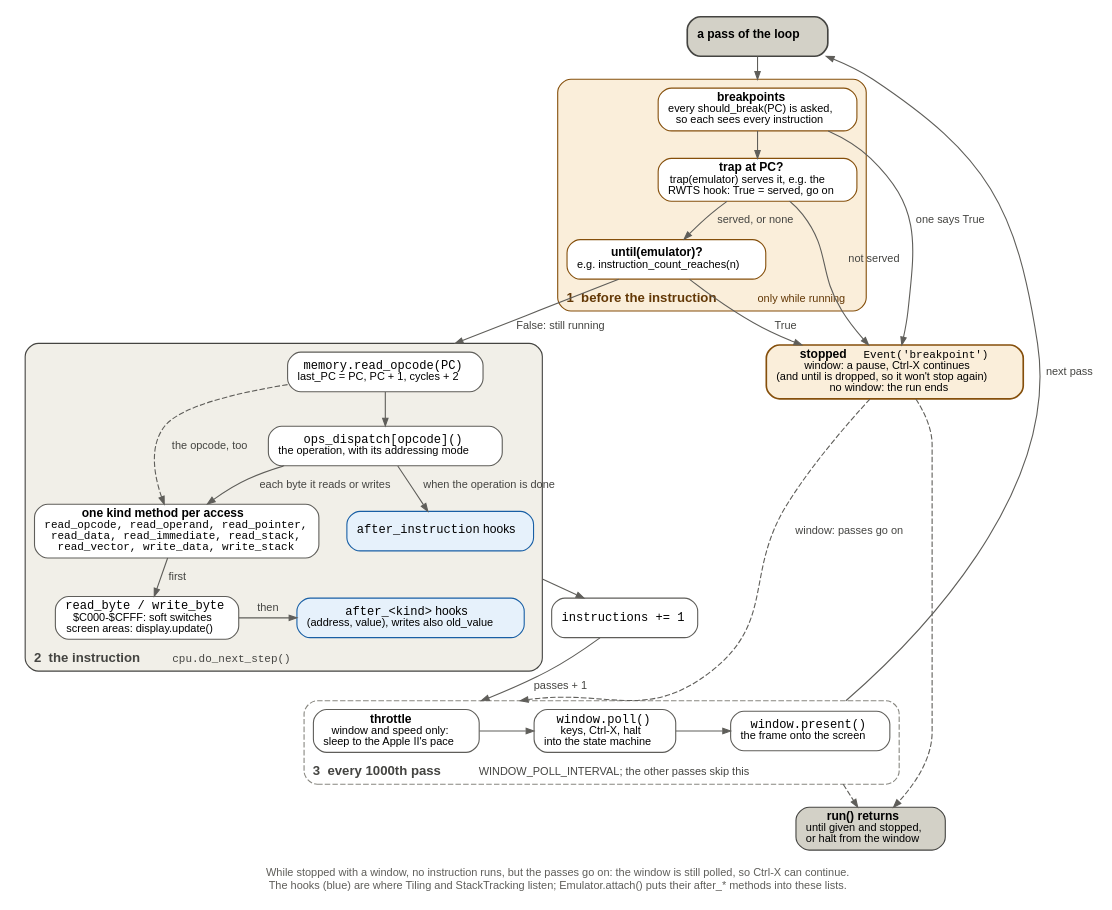
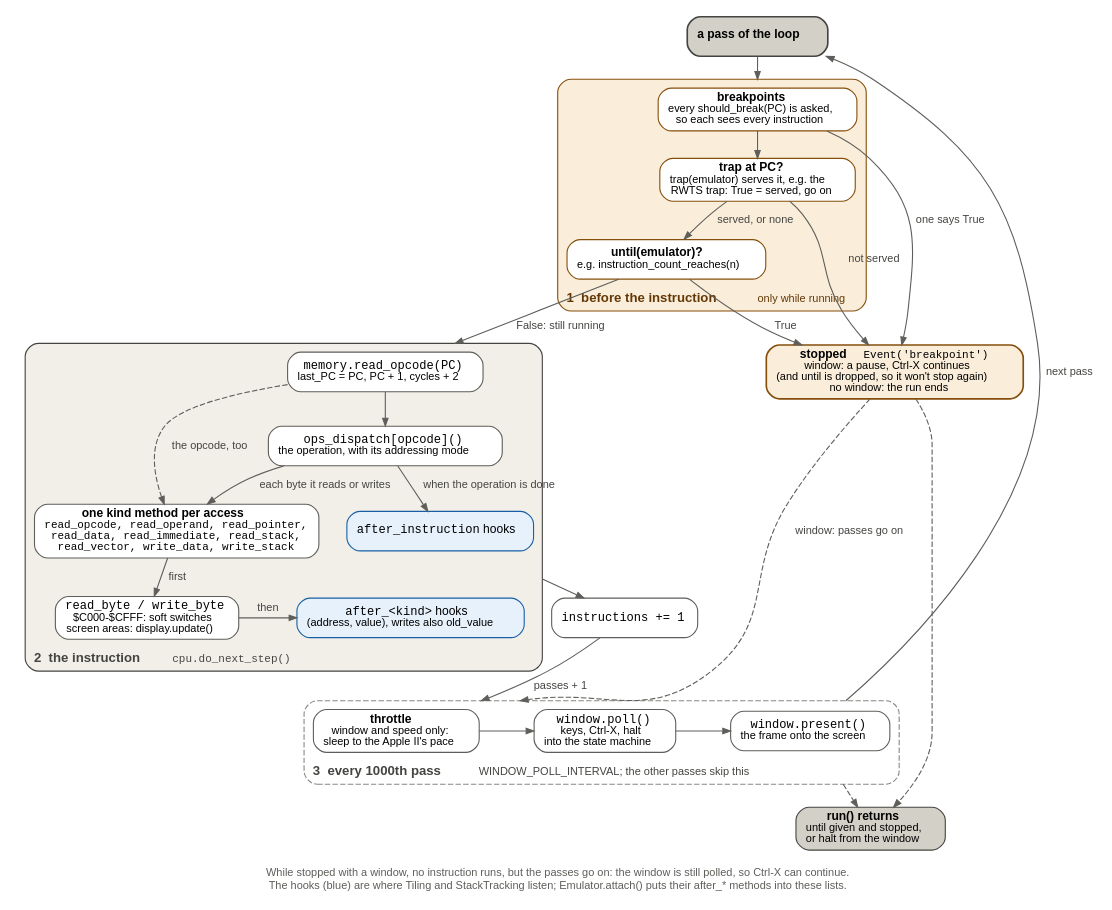
One commit to fschuhi/papple2 changed the diagram in docs/diagrams/run-loop.dot. Above: the diagram before and after it, drawn with Graphviz. The commit also changed 7 other files, not shown here.

```diff
--- a/docs/diagrams/run-loop.dot
+++ b/docs/diagrams/run-loop.dot
@@ -1,98 +1,98 @@
 // One pass of Emulator.run(): the checks before an instruction, the
 // instruction with its memory accesses and hooks, and the window's turn
 // every 1000 passes. Replaces the old run-loop.svg (pre-redesign).
 // Colours: amber = stop conditions (from papple2.debug or traps),
 // grey = the machine, blue = the hooks the instrumentations attach to,
 // white = the window. Rendered by `make presentation`.
 
 digraph run_loop {
     rankdir=TB;
     newrank=true;
     compound=true;
     size="13.3,7.5";
     nodesep=0.35;
     ranksep=0.32;
     bgcolor="white";
     fontname="Helvetica";
     fontsize=10;
     fontcolor="#5F5E5A";
     labelloc="b";
     label="\nWhile stopped with a window, no instruction runs, but the passes go on: the window is still polled, so Ctrl-X can continue.\nThe hooks (blue) are where Tiling and StackTracking listen; Emulator.attach() puts their after_* methods into these lists.";
     node [shape=box, style="rounded,filled", fontname="Helvetica", fontsize=11,
           fillcolor="white", color="#5F5E5A", penwidth=1, margin="0.12,0.06"];
     edge [color="#5F5E5A", fontname="Helvetica", fontsize=10, fontcolor="#444441",
           arrowsize=0.7];
 
     pass [label=<<B>a pass of the loop</B>>, shape=box, style="rounded,filled",
           fillcolor="#D3D1C7", color="#444441", penwidth=1.5];
 
     subgraph cluster_checks {
         label=<<B>1  before the instruction</B>  <FONT POINT-SIZE="10">only while running</FONT>>;
         labeljust="l"; style="rounded,filled"; fillcolor="#FAEEDA"; color="#854F0B";
         fontcolor="#633806"; fontsize=12;
         node [color="#854F0B"];
 
         breakpoints [label=<<B>breakpoints</B><BR/><FONT POINT-SIZE="10">every should_break(PC) is asked,</FONT><BR/><FONT POINT-SIZE="10">so each sees every instruction</FONT>>];
-        trap [label=<<B>trap at PC?</B><BR/><FONT POINT-SIZE="10">trap(emulator) serves it, e.g. the</FONT><BR/><FONT POINT-SIZE="10">RWTS hook: True = served, go on</FONT>>];
+        trap [label=<<B>trap at PC?</B><BR/><FONT POINT-SIZE="10">trap(emulator) serves it, e.g. the</FONT><BR/><FONT POINT-SIZE="10">RWTS trap: True = served, go on</FONT>>];
         until [label=<<B>until(emulator)?</B><BR/><FONT POINT-SIZE="10">e.g. instruction_count_reaches(n)</FONT>>];
         breakpoints -> trap;
         trap -> until [label=" served, or none "];
     }
 
     stopped [label=<<B>stopped</B>  <FONT FACE="monospace" POINT-SIZE="10">Event('breakpoint')</FONT><BR/><FONT POINT-SIZE="10">window: a pause, Ctrl-X continues</FONT><BR/><FONT POINT-SIZE="10">(and until is dropped, so it won't stop again)</FONT><BR/><FONT POINT-SIZE="10">no window: the run ends</FONT>>,
              fillcolor="#FAEEDA", color="#854F0B", penwidth=1.5];
 
     breakpoints -> stopped [label=" one says True "];
     trap -> stopped [label=" not served "];
     until -> stopped [label=" True "];
 
     subgraph cluster_step {
         label=<<B>2  the instruction</B>  <FONT FACE="monospace" POINT-SIZE="10">cpu.do_next_step()</FONT>>;
         labeljust="l"; style="rounded,filled"; fillcolor="#F1EFE8"; color="#444441";
         fontcolor="#444441"; fontsize=12;
 
         fetch [label=<<FONT FACE="monospace">memory.read_opcode(PC)</FONT><BR/><FONT POINT-SIZE="10">last_PC = PC, PC + 1, cycles + 2</FONT>>];
         op [label=<<FONT FACE="monospace">ops_dispatch[opcode]()</FONT><BR/><FONT POINT-SIZE="10">the operation, with its addressing mode</FONT>>];
         kinds [label=<<B>one kind method per access</B><BR/><FONT FACE="monospace" POINT-SIZE="10">read_opcode, read_operand, read_pointer,<BR/>read_data, read_immediate, read_stack,<BR/>read_vector, write_data, write_stack</FONT>>];
         byte [label=<<FONT FACE="monospace">read_byte / write_byte</FONT><BR/><FONT POINT-SIZE="10">$C000-$CFFF: soft switches</FONT><BR/><FONT POINT-SIZE="10">screen areas: display.update()</FONT>>];
         after_instruction [label=<<FONT FACE="monospace">after_instruction</FONT> hooks>,
                            fillcolor="#E6F1FB", color="#185FA5"];
 
         fetch -> op;
         op -> kinds [label=" each byte it reads or writes "];
         kinds -> byte [label=" first "];
         byte -> after_kind [label=" then "];
         after_kind [label=<<FONT FACE="monospace">after_&lt;kind&gt;</FONT> hooks<BR/><FONT POINT-SIZE="10">(address, value), writes also old_value</FONT>>,
                     fillcolor="#E6F1FB", color="#185FA5"];
         { rank=same; byte; after_kind; }
         fetch -> kinds [style=dashed, label=" the opcode, too "];
         op -> after_instruction [label=" when the operation is done "];
     }
 
     count [label=<<FONT FACE="monospace">instructions += 1</FONT>>];
 
     subgraph cluster_window {
         label=<<B>3  every 1000th pass</B>  <FONT POINT-SIZE="10">WINDOW_POLL_INTERVAL; the other passes skip this</FONT>>;
         labeljust="l"; style="rounded,dashed"; color="#888780";
         fontcolor="#444441"; fontsize=12;
 
         throttle [label=<<B>throttle</B><BR/><FONT POINT-SIZE="10">window and speed only:</FONT><BR/><FONT POINT-SIZE="10">sleep to the Apple II's pace</FONT>>];
         poll [label=<<FONT FACE="monospace">window.poll()</FONT><BR/><FONT POINT-SIZE="10">keys, Ctrl-X, halt</FONT><BR/><FONT POINT-SIZE="10">into the state machine</FONT>>];
         present [label=<<FONT FACE="monospace">window.present()</FONT><BR/><FONT POINT-SIZE="10">the frame onto the screen</FONT>>];
         { rank=same; throttle; poll; present; }
         throttle -> poll -> present;
     }
 
     ends [label=<<B>run() returns</B><BR/><FONT POINT-SIZE="10">until given and stopped,</FONT><BR/><FONT POINT-SIZE="10">or halt from the window</FONT>>,
           fillcolor="#D3D1C7", color="#444441"];
 
     pass -> breakpoints [lhead=cluster_checks];
     until -> fetch [lhead=cluster_step, label=" False: still running "];
     after_instruction -> count [ltail=cluster_step];
     count -> throttle [lhead=cluster_window, label=" passes + 1 "];
     present -> ends [ltail=cluster_window, style=dashed];
     present -> pass [ltail=cluster_window, constraint=false, label=" next pass "];
     stopped -> ends [style=dashed];
     stopped -> throttle [lhead=cluster_window, style=dashed, constraint=false,
                          label=" window: passes go on "];
 }
```
